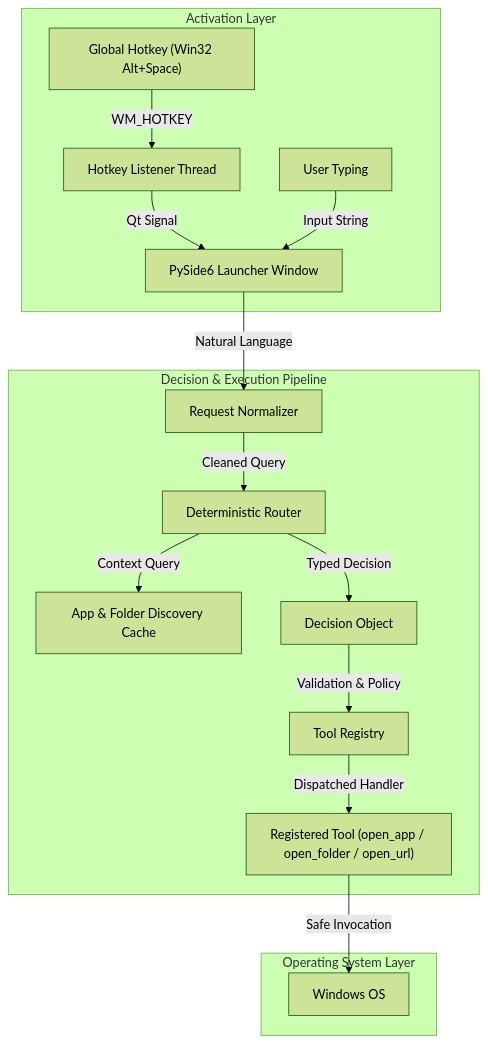
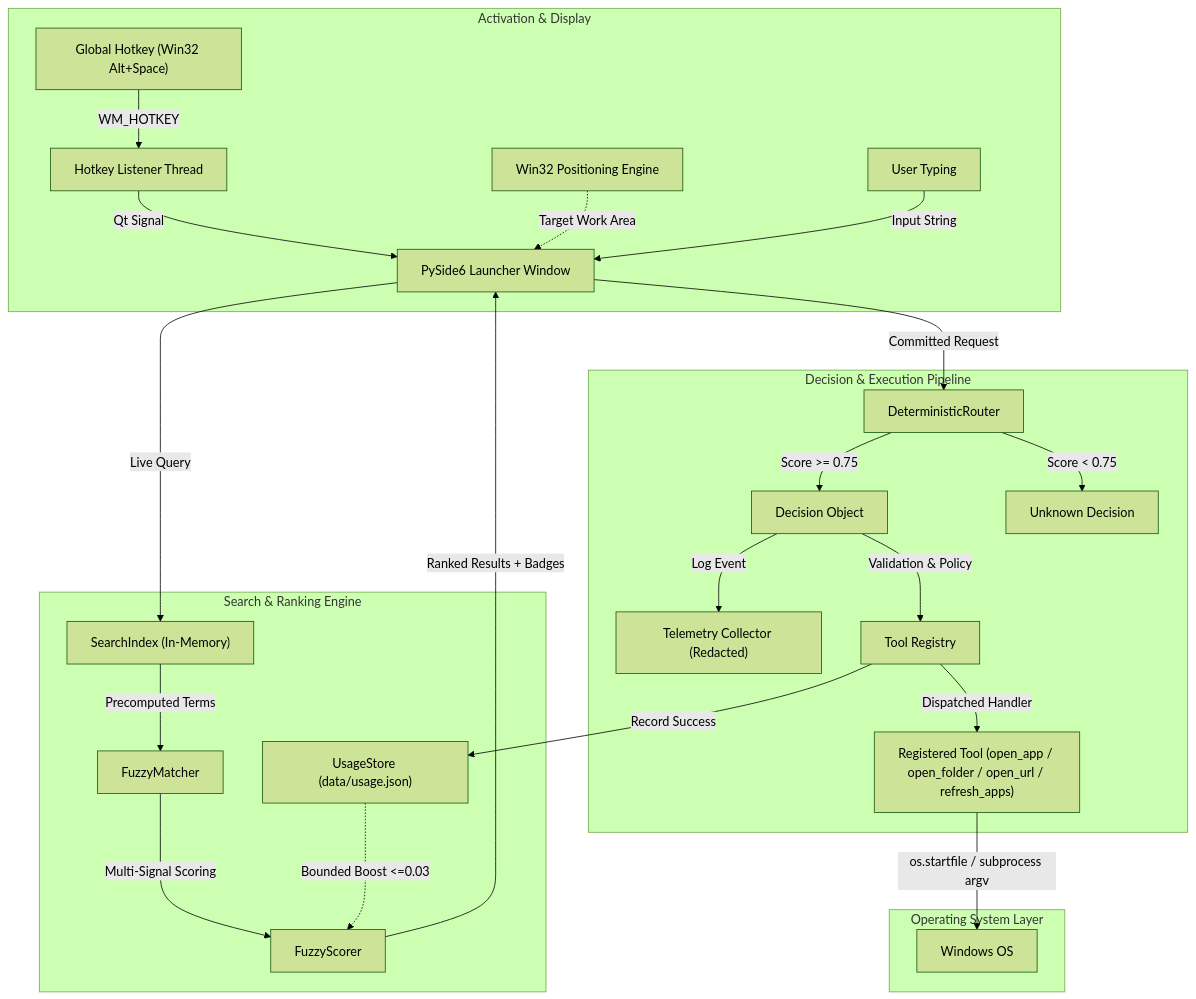
The diagram in README.md (Voidwalker-AT/AstraRun), drawn with Mermaid (forest theme) before and after one commit. The commit also changed other lines of this file and 41 other files, not shown here.

Commit message:
feat(astrarun): implement v0.2 fuzzy discovery, ranked suggestions, and evaluation harness

````diff
--- a/README.md
+++ b/README.md
@@ -24,21 +26,31 @@
 ```mermaid
 flowchart TD
-    subgraph Activation ["Activation Layer"]
+    subgraph Activation ["Activation & Display"]
         HK["Global Hotkey (Win32 Alt+Space)"] -->|WM_HOTKEY| HKT["Hotkey Listener Thread"]
         HKT -->|Qt Signal| UI["PySide6 Launcher Window"]
+        Pos["Win32 Positioning Engine"] -.->|Target Work Area| UI
         User["User Typing"] -->|Input String| UI
     end
 
+    subgraph Search ["Search & Ranking Engine"]
+        UI -->|Live Query| Index["SearchIndex (In-Memory)"]
+        Index -->|Precomputed Terms| Matcher["FuzzyMatcher"]
+        Matcher -->|Multi-Signal Scoring| Scorer["FuzzyScorer"]
+        Usage["UsageStore (data/usage.json)"] -.->|Bounded Boost <=0.03| Scorer
+        Scorer -->|Ranked Results + Badges| UI
+    end
+
     subgraph Pipeline ["Decision & Execution Pipeline"]
-        UI -->|Natural Language| Norm["Request Normalizer"]
-        Norm -->|Cleaned Query| Router["Deterministic Router"]
-        Router -->|Context Query| Cache["App & Folder Discovery Cache"]
-        Router -->|Typed Decision| Dec["Decision Object"]
+        UI -->|Committed Request| Router["DeterministicRouter"]
+        Router -->|Score >= 0.75| Dec["Decision Object"]
+        Router -->|Score < 0.75| Unknown["Unknown Decision"]
+        Dec -->|Log Event| Telemetry["Telemetry Collector (Redacted)"]
         Dec -->|Validation & Policy| Reg["Tool Registry"]
-        Reg -->|Dispatched Handler| Tool["Registered Tool (open_app / open_folder / open_url)"]
+        Reg -->|Dispatched Handler| Tool["Registered Tool (open_app / open_folder / open_url / refresh_apps)"]
+        Reg -->|Record Success| Usage
     end
 
     subgraph OS ["Operating System Layer"]
-        Tool -->|Safe Invocation| WinOS["Windows OS"]
+        Tool -->|os.startfile / subprocess argv| WinOS["Windows OS"]
     end
 ```
````
